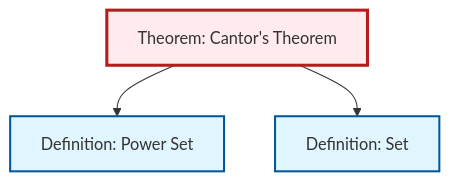
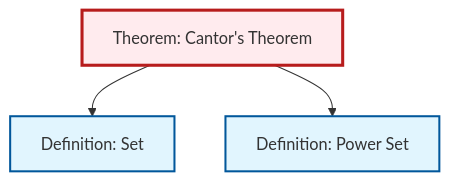
The second of 2 diagrams in content/en/logic-set-theory/thm-cantor.qmd (RK0429/ModernMath), drawn with Mermaid before and after one commit. The commit also changed other lines of this file and 203 other files, not shown here.

````diff
--- a/content/en/logic-set-theory/thm-cantor.qmd
+++ b/content/en/logic-set-theory/thm-cantor.qmd
@@ -70,18 +70,15 @@
 ```{mermaid}
 %%| fig-cap: "Local dependency graph"
 graph TD
     classDef definition fill:#e1f5fe,stroke:#01579b,stroke-width:2px
     classDef theorem fill:#f3e5f5,stroke:#4a148c,stroke-width:2px
     classDef axiom fill:#fff3e0,stroke:#e65100,stroke-width:2px
     classDef example fill:#e8f5e9,stroke:#1b5e20,stroke-width:2px
     classDef current fill:#ffebee,stroke:#b71c1c,stroke-width:3px
-    def-set["Definition: Set"]:::definition
     thm-cantor["Theorem: Cantor's Theorem"]:::theorem
     def-power-set["Definition: Power Set"]:::definition
+    def-set["Definition: Set"]:::definition
+    thm-cantor --> def-set
     thm-cantor --> def-power-set
-    thm-cantor --> def-set
     class thm-cantor current
-
-    click def-set "def-set.html" "Go to Set definition"
-    click def-power-set "def-power-set.html" "Go to Power Set definition"
 ```
````
